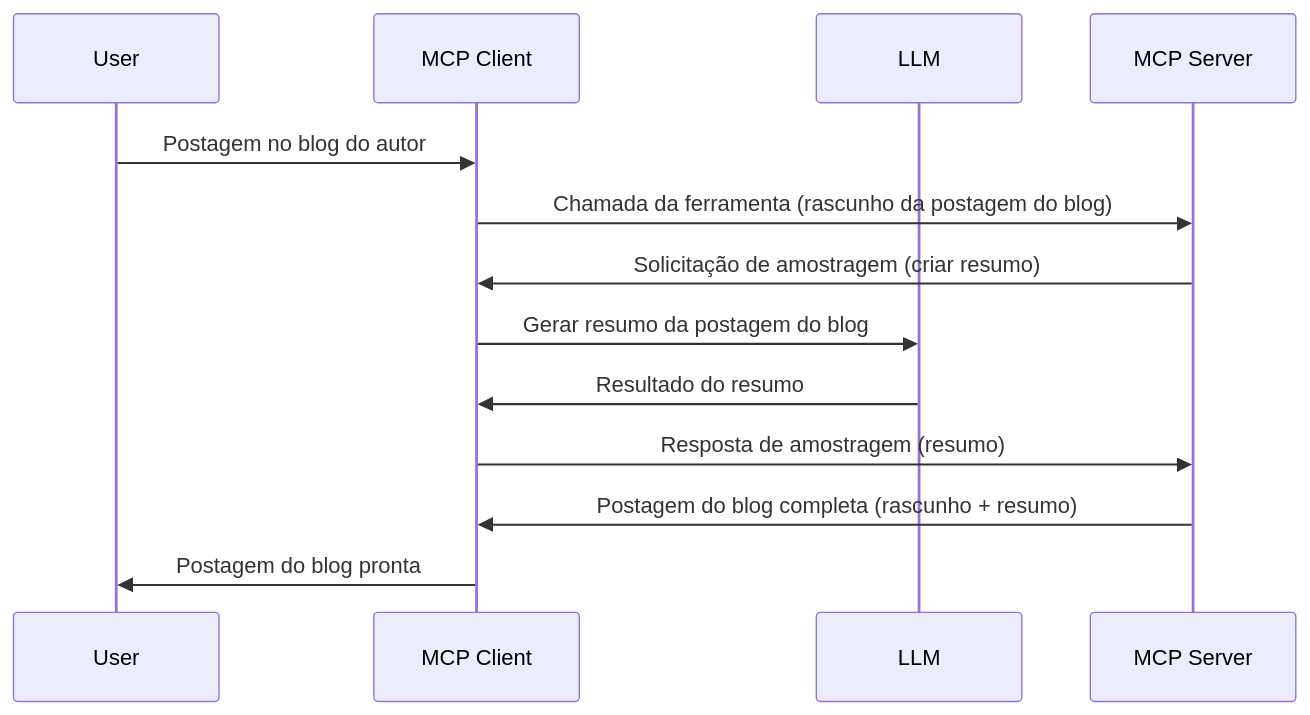
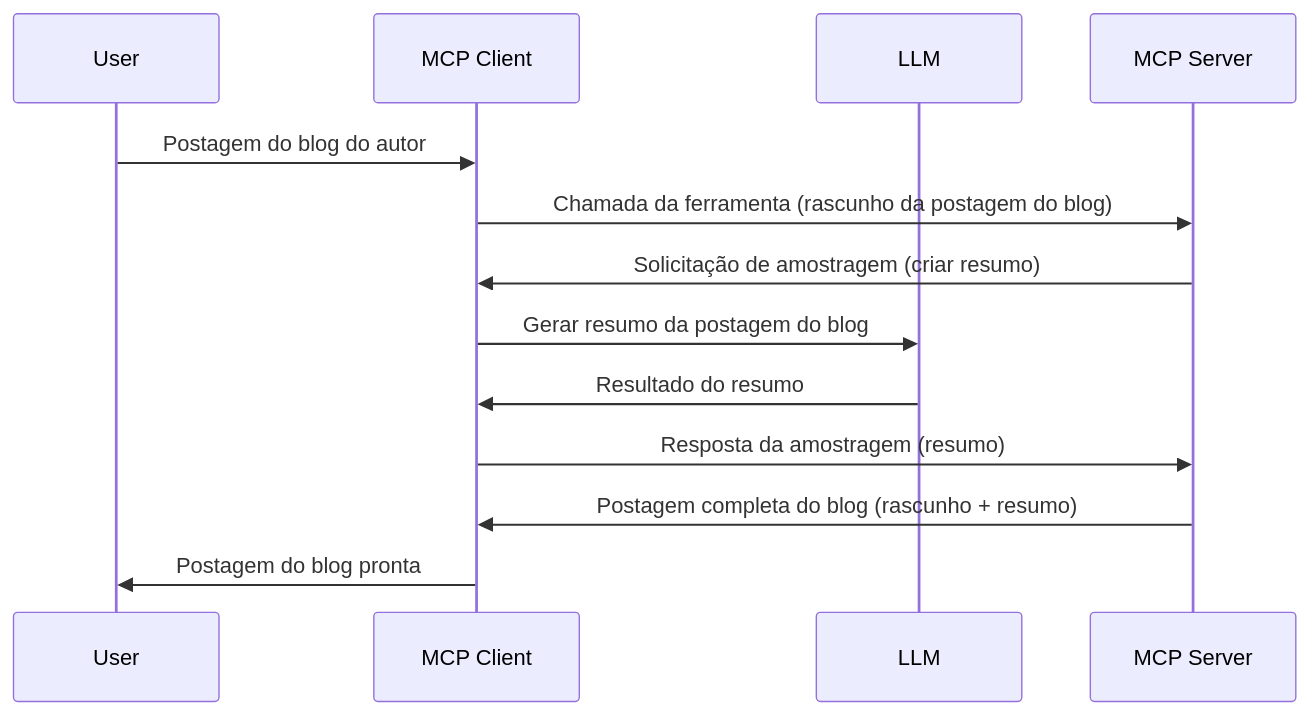
One commit to HIDORAKAI002/ai-workspace-archive changed the diagram in mcp_ecosystem__model_context_protocol/mcp_learning_resources/mcp-for-beginners/translations/pt-BR/03-GettingStarted/14-sampling/README.md. Above: the diagram before and after it, drawn with Mermaid. The commit also changed other lines of this file and 5748 other files, not shown here.

Commit message:
chore(sync): update MCP Python SDK, MCP TypeScript SDK, Supabase MCP, Kubernetes MCP Server, Git MCP, MCP Agent, Awesome ChatGPT Prompts, Langfuse, +62 more

````diff
--- a/mcp_ecosystem__model_context_protocol/mcp_learning_resources/mcp-for-beginners/translations/pt-BR/03-GettingStarted/14-sampling/README.md
+++ b/mcp_ecosystem__model_context_protocol/mcp_learning_resources/mcp-for-beginners/translations/pt-BR/03-GettingStarted/14-sampling/README.md
@@ -25,16 +27,16 @@
 ```mermaid
 sequenceDiagram
     participant User
     participant MCP Client
     participant LLM
     participant MCP Server
 
-    User->>MCP Client: Postagem no blog do autor
+    User->>MCP Client: Postagem do blog do autor
     MCP Client->>MCP Server: Chamada da ferramenta (rascunho da postagem do blog)
     MCP Server->>MCP Client: Solicitação de amostragem (criar resumo)
     MCP Client->>LLM: Gerar resumo da postagem do blog
     LLM->>MCP Client: Resultado do resumo
-    MCP Client->>MCP Server: Resposta de amostragem (resumo)
-    MCP Server->>MCP Client: Postagem do blog completa (rascunho + resumo)
+    MCP Client->>MCP Server: Resposta da amostragem (resumo)
+    MCP Server->>MCP Client: Postagem completa do blog (rascunho + resumo)
     MCP Client->>User: Postagem do blog pronta
 ```
````
